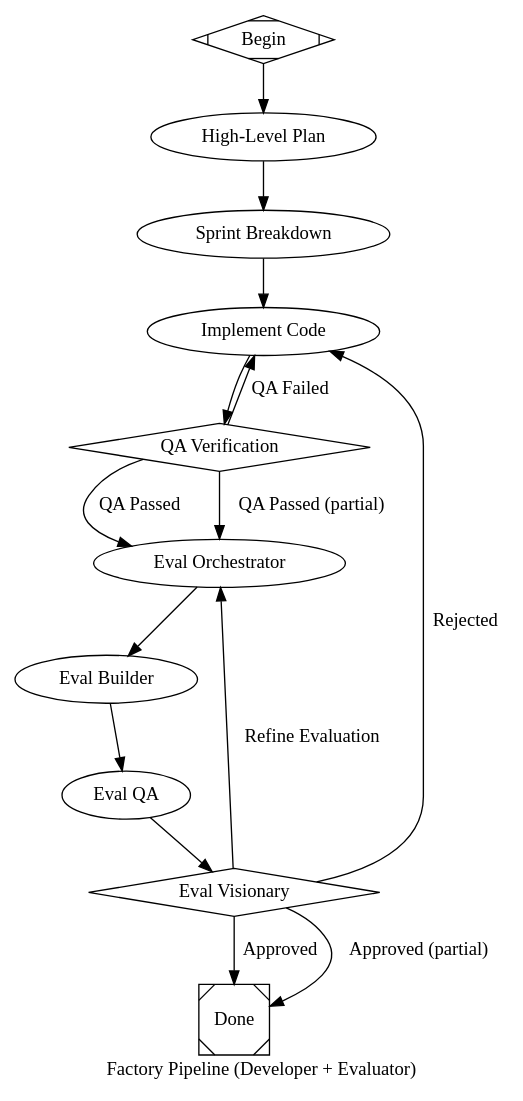
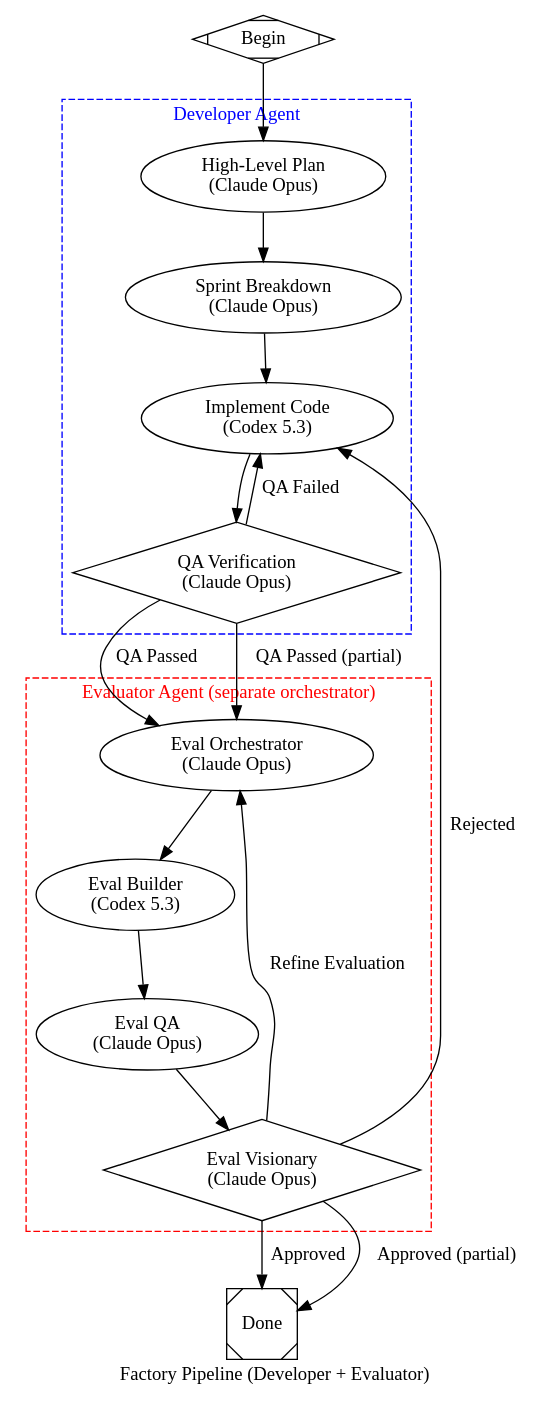
The diagram in attractor/pipelines/factory.dot (bencivjan/attractor-go), drawn with Graphviz before and after one commit. The commit also changed 1 other file, not shown here.

Commit message:
Add model labels and agent clusters to factory pipeline diagram
Node labels now show the model (Claude Opus or Codex 5.3). Subgraph
clusters visually separate the Developer Agent (blue) and Evaluator
Agent (red) phases, making agent ownership and model assignments
visible in the rendered PNG.

```diff
--- a/attractor/pipelines/factory.dot
+++ b/attractor/pipelines/factory.dot
@@ -61,11 +61,17 @@
     // -----------------------------------------------------------------------
     start [shape=Mdiamond, label="Begin"]
 
+    subgraph cluster_developer {
+        label     = "Developer Agent"
+        style     = "dashed"
+        color     = "blue"
+        fontcolor = "blue"
+
     // -----------------------------------------------------------------------
     // Phase 1 — High-Level Planning (Claude Opus)
     // -----------------------------------------------------------------------
     high_level_plan [
-        label       = "High-Level Plan"
+        label       = "High-Level Plan\n(Claude Opus)"
         prompt      = "You are a senior software architect. Create a high-level overall plan for the project/feature described in $goal.\n\nYour plan must include:\n1. Requirements analysis — what needs to be built and why\n2. Architecture overview — major components and how they interact\n3. Technical decisions — languages, frameworks, patterns, data models\n4. Implementation strategy — phased approach with dependencies\n5. Risk assessment — what could go wrong and mitigations\n6. Definition of done — clear success criteria\n\nOutput a structured plan document. Be thorough but concise."
         model       = "claude-opus-4-6"
         llm_provider = "anthropic"
@@ -77,7 +83,7 @@
     // Phase 2 — Sprint Breakdown (Claude Opus)
     // -----------------------------------------------------------------------
     sprint_breakdown [
-        label       = "Sprint Breakdown"
+        label       = "Sprint Breakdown\n(Claude Opus)"
         prompt      = "You are a technical project manager. Given the high-level plan in context, break it down into smaller, sprint-sized plans.\n\nFor each sprint produce:\n1. Sprint goal — one sentence describing what this sprint delivers\n2. Scope — specific items to build (files, functions, APIs, tests)\n3. Inputs — what must exist before this sprint starts\n4. Outputs — concrete deliverables produced\n5. Acceptance criteria — how to verify the sprint is complete\n6. Dependencies — which other sprints must finish first\n\nDo NOT include code. Focus on describing what needs to be built, the approach, and expected behavior. Order sprints by dependency so they can be executed sequentially."
         model       = "claude-opus-4-6"
         llm_provider = "anthropic"
@@ -89,7 +95,7 @@
     // Phase 3 — Implementation (Codex)
     // -----------------------------------------------------------------------
     implement [
-        label       = "Implement Code"
+        label       = "Implement Code\n(Codex 5.3)"
         prompt      = "You are a senior software engineer. Implement the sprint plans from context as production-ready code.\n\nIf evaluator rejection feedback is present in context, address every issue the evaluator raised before proceeding with the sprint plans. The evaluator's feedback takes priority — fix the identified problems first, then continue with any remaining sprint work.\n\nFor each sprint:\n1. Write clean, idiomatic code that satisfies every acceptance criterion\n2. Include unit tests for all public interfaces\n3. Follow the architecture and patterns from the high-level plan\n4. Add brief inline comments only where the logic is non-obvious\n5. Handle errors properly at system boundaries\n\nOutput all code files with their full paths. Do not skip any sprint."
         model       = "gpt-5.3-codex"
         llm_provider = "openai"
@@ -104,7 +110,7 @@
     qa_verify [
         shape       = "diamond"
         type        = "conditional"
-        label       = "QA Verification"
+        label       = "QA Verification\n(Claude Opus)"
         prompt      = "You are a QA lead and code reviewer. Verify that the implementation matches both the sprint plans and the high-level plan.\n\nCheck each of the following:\n1. Sprint coverage — every sprint's acceptance criteria are met\n2. Architectural alignment — code follows the high-level plan's architecture\n3. Correctness — logic is sound, edge cases handled, no obvious bugs\n4. Completeness — no sprints skipped, no partial implementations\n5. Code quality — readable, maintainable, properly tested\n\nIf ALL checks pass: respond with status SUCCESS.\nIf ANY check fails: respond with status FAIL and list every specific issue found, referencing the sprint and acceptance criterion that was violated."
         model       = "claude-opus-4-6"
         llm_provider = "anthropic"
@@ -112,15 +118,23 @@
         max_retries = "2"
     ]
 
+    } // end cluster_developer
+
     // ===================================================================
-    // Evaluator Phase
+    // Evaluator Phase (separate orchestrator agent)
     // ===================================================================
+
+    subgraph cluster_evaluator {
+        label     = "Evaluator Agent (separate orchestrator)"
+        style     = "dashed"
+        color     = "red"
+        fontcolor = "red"
 
     // -----------------------------------------------------------------------
     // Phase 5 — Orchestrator (Claude Opus)
     // -----------------------------------------------------------------------
     eval_orchestrator [
-        label       = "Eval Orchestrator"
+        label       = "Eval Orchestrator\n(Claude Opus)"
         prompt      = "You are an evaluation orchestrator. You have received a submission and the project's high-level vision in $goal.\n\nIf this is a fresh evaluation, start from scratch. If the visionary has returned feedback from a previous evaluation round, you MUST incorporate that feedback — the visionary's concerns take priority. Adjust your delegation plan to address every issue the visionary raised. Do not repeat evaluation approaches that already failed to surface the right information.\n\nYour job:\n1. Understand the submission — what was built, what changed, what claims are made\n2. Understand the vision — what the project is supposed to achieve\n3. If visionary feedback exists, understand what was unclear or insufficient in the previous evaluation and why\n4. Identify evaluation dimensions — correctness, completeness, alignment with vision, quality\n5. Produce a delegation plan with two sections:\n   a. BUILDER TASKS — specific tools, test harnesses, scripts, or fixtures the builder must create so QA can exercise the submission (e.g. integration tests, load generators, mock servers, CLI wrappers)\n   b. QA CHECKLIST — specific checks QA must perform using those tools, each tied to a success criterion from the vision\n\nBe precise. Every builder task must have a clear purpose and every QA check must be verifiable."
         model       = "claude-opus-4-6"
         llm_provider = "anthropic"
@@ -132,7 +146,7 @@
     // Phase 6 — Builder (Codex 5.3)
     // -----------------------------------------------------------------------
     eval_builder [
-        label       = "Eval Builder"
+        label       = "Eval Builder\n(Codex 5.3)"
         prompt      = "You are a toolsmith. Given the orchestrator's delegation plan in context, build every tool and harness listed under BUILDER TASKS.\n\nFor each tool:\n1. Write clean, runnable code that QA can invoke directly\n2. Include clear usage instructions (CLI flags, env vars, expected inputs/outputs)\n3. Handle setup and teardown so tools are self-contained\n4. Output structured results (JSON or plain-text with parseable markers) so QA can programmatically check outcomes\n5. Cover edge cases mentioned in the delegation plan\n\nDo NOT evaluate the submission yourself. Your only job is to produce the tools QA will use."
         model       = "gpt-5.3-codex"
         llm_provider = "openai"
@@ -145,7 +159,7 @@
     // Phase 7 — QA (Claude Opus)
     // -----------------------------------------------------------------------
     eval_qa [
-        label       = "Eval QA"
+        label       = "Eval QA\n(Claude Opus)"
         prompt      = "You are a QA engineer. Using the tools built by the builder and the QA CHECKLIST from the orchestrator, evaluate the submission.\n\nFor each checklist item:\n1. Run the relevant tool or harness against the submission\n2. Record the raw output\n3. Determine PASS or FAIL with a brief justification\n4. Note any unexpected behavior, even if the check passes\n\nProduce a structured evaluation report with:\n- Summary — overall pass/fail count and health assessment\n- Per-check results — checklist item, tool used, outcome, evidence\n- Observations — anything noteworthy not covered by the checklist\n\nBe objective. Report what happened, not what you think should happen."
         model       = "claude-opus-4-6"
         llm_provider = "anthropic"
@@ -159,13 +173,15 @@
     eval_visionary [
         shape       = "diamond"
         type        = "conditional"
-        label       = "Eval Visionary"
+        label       = "Eval Visionary\n(Claude Opus)"
         prompt      = "You are the visionary — the keeper of the project's high-level goal described in $goal. You have the QA evaluation report in context.\n\nYour job is to judge the submission against the vision, not just the checklist:\n1. Vision alignment — does the submission move the project toward its goal?\n2. Completeness — are there gaps between what was delivered and what the vision requires?\n3. Quality bar — does the work meet the standard the vision implies?\n4. Regression — does the submission break or weaken anything that previously worked?\n5. Evaluation quality — was the evaluation itself sufficient? Did the QA checklist and tools actually test the right things, or did the orchestrator miss critical dimensions?\n\nIf the submission SATISFIES the vision: respond with status SUCCESS and a brief summary of what was achieved.\n\nIf the EVALUATION ITSELF was insufficient (wrong tools, missing checks, unclear results, didn't test what matters to the vision): respond with status RETRY and provide feedback for the orchestrator:\n   a. What the evaluation failed to cover or got wrong\n   b. What dimensions the orchestrator should focus on in the next round\n   c. Specific tools or checks that should be added, changed, or removed\n   This feedback goes back to the orchestrator to refine the delegation plan.\n\nIf the submission FALLS SHORT and the evaluation was thorough: respond with status FAIL and provide structured feedback for the submitter:\n   a. What specifically is missing or wrong (reference QA evidence)\n   b. Why it matters to the vision\n   c. Concrete suggestions for what the submitter should do next"
         model       = "claude-opus-4-6"
         llm_provider = "anthropic"
         goal_gate   = "true"
         max_retries = "2"
     ]
+
+    } // end cluster_evaluator
 
     // ===================================================================
     // Exit
```
